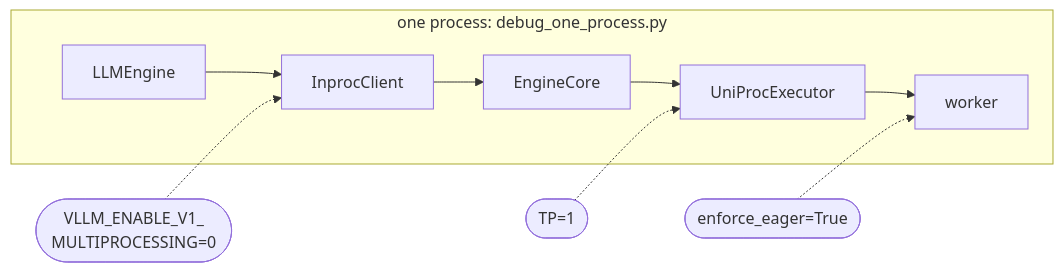
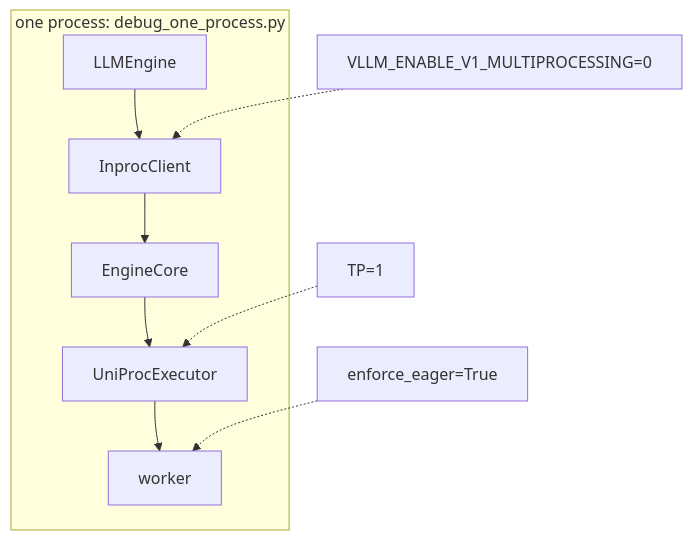
Before and after one commit to aniryou/full-stack-agentic-engineer: the fifth of 5 diagrams in 04-inference-engine/vllm-internals/vllm-internals-primer.md, drawn with Mermaid. The commit also changed other lines of this file and 105 other files, not shown here.

````diff
--- a/04-inference-engine/vllm-internals/vllm-internals-primer.md
+++ b/04-inference-engine/vllm-internals/vllm-internals-primer.md
@@ -1780,12 +1780,12 @@
 ```mermaid
-flowchart LR
+flowchart TB
   subgraph ONE["one process: debug_one_process.py"]
     L["LLMEngine"] --> C["InprocClient"]
     C --> E["EngineCore"]
     E --> X["UniProcExecutor"]
     X --> W["worker"]
   end
-  M(["VLLM_ENABLE_V1_<br/>MULTIPROCESSING=0"]) -.-> C
-  T(["TP=1"]) -.-> X
-  G(["enforce_eager=True"]) -.-> W
+  M["VLLM_ENABLE_V1_MULTIPROCESSING=0"] -.-> C
+  T["TP=1"] -.-> X
+  G["enforce_eager=True"] -.-> W
 ```
````
